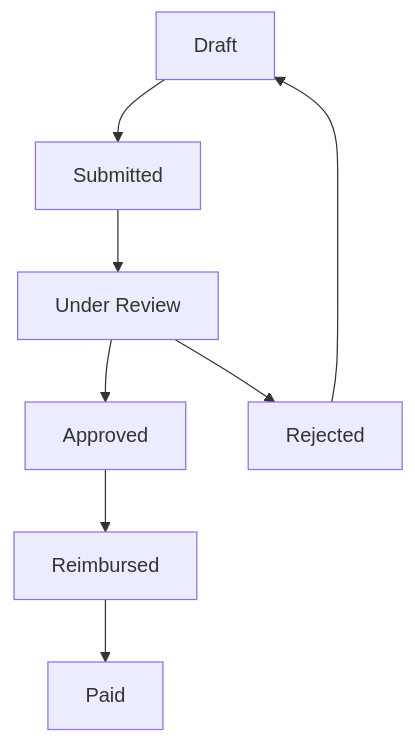
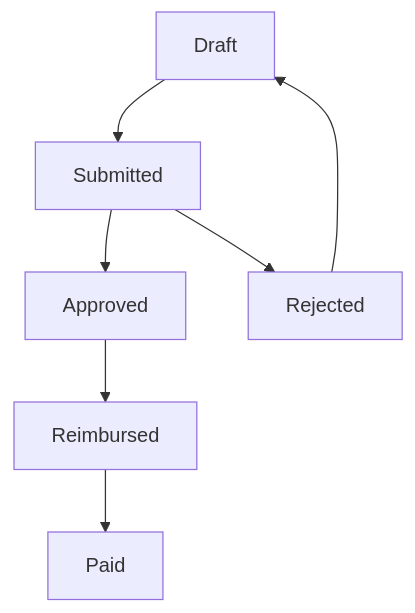
The fifth of 5 diagrams in doc/claims_processing_module.md (ooiyeefei/groot-finance-hackathon), drawn with Mermaid before and after one commit. The commit also changed other lines of this file and 8 other files, not shown here.

First line of the commit message:
refactor(expense-claims): Remove legacy under_review status and cleanup unused code

````diff
--- a/doc/claims_processing_module.md
+++ b/doc/claims_processing_module.md
@@ -281,10 +281,9 @@
 ```mermaid
 graph TD
     A[Draft] --> B[Submitted]
-    B --> C[Under Review]
-    C --> D[Approved]
-    C --> E[Rejected]
-    D --> F[Reimbursed]
-    F --> G[Paid]
-    E --> A
+    B --> C[Approved]
+    B --> D[Rejected]
+    C --> E[Reimbursed]
+    E --> F[Paid]
+    D --> A
 ```
````
